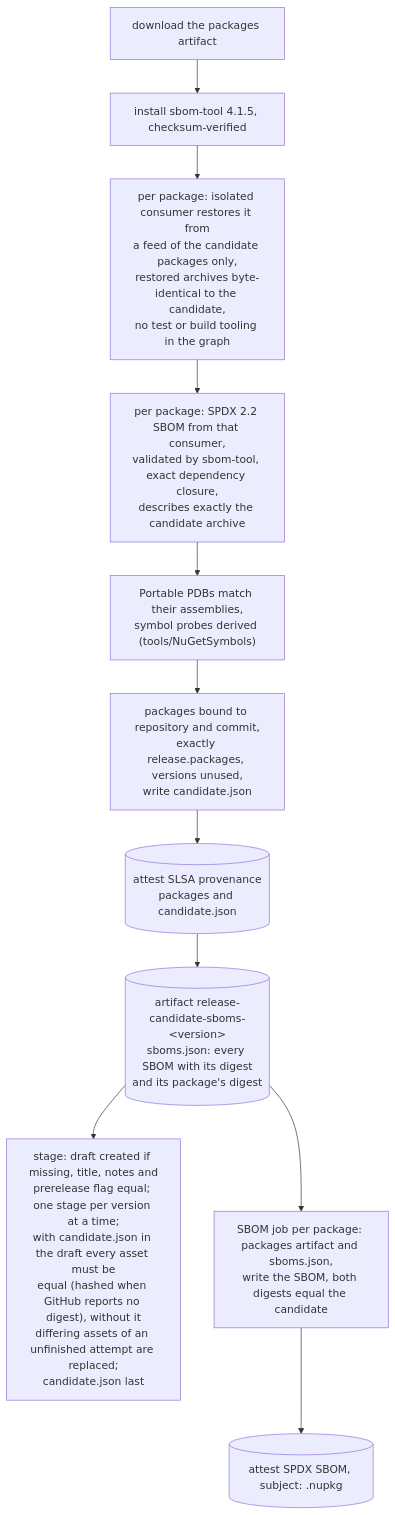
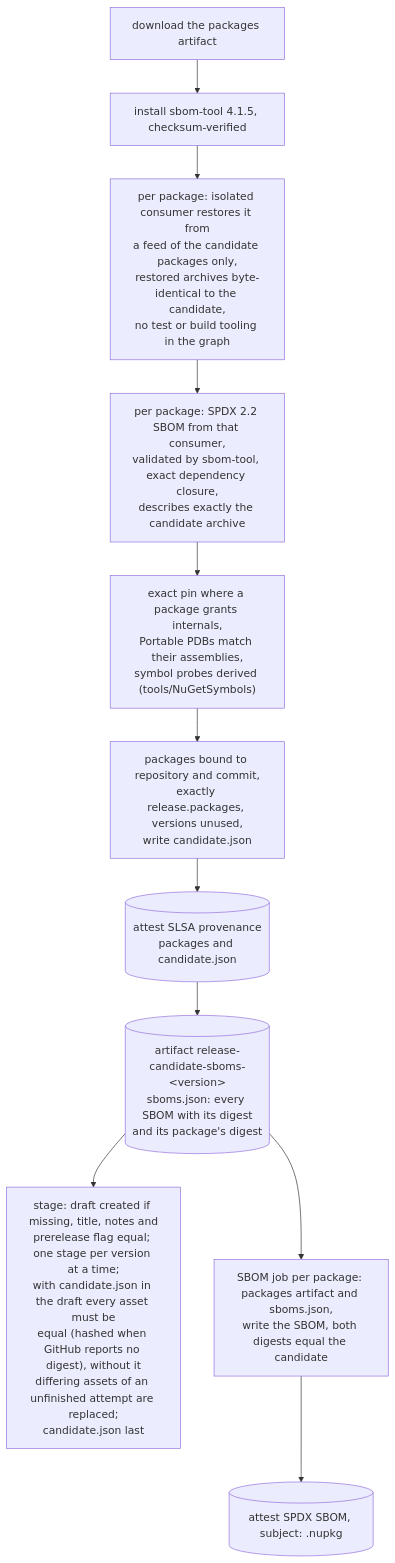
One commit to doka-labs/workflows changed diagram 12 of 19 in docs/overview.md. Above: the diagram before and after it, drawn with Mermaid. The commit also changed other lines of this file and 30 other files, not shown here.

````diff
--- a/docs/overview.md
+++ b/docs/overview.md
@@ -324,12 +326,12 @@
 ```mermaid
 flowchart TB
   c1["download the packages artifact"] --> c2["install sbom-tool 4.1.5, checksum-verified"]
   c2 --> c3["per package: isolated consumer restores it from<br/>a feed of the candidate packages only,<br/>restored archives byte-identical to the candidate,<br/>no test or build tooling in the graph"]
   c3 --> c4["per package: SPDX 2.2 SBOM from that consumer,<br/>validated by sbom-tool, exact dependency closure,<br/>describes exactly the candidate archive"]
-  c4 --> c5["Portable PDBs match their assemblies,<br/>symbol probes derived (tools/NuGetSymbols)"]
+  c4 --> c5["exact pin where a package grants internals,<br/>Portable PDBs match their assemblies,<br/>symbol probes derived (tools/NuGetSymbols)"]
   c5 --> c6["packages bound to repository and commit,<br/>exactly release.packages, versions unused,<br/>write candidate.json"]
   c6 --> c7[("attest SLSA provenance<br/>packages and candidate.json")]
   c7 --> c8[("artifact release-candidate-sboms-&lt;version&gt;<br/>sboms.json: every SBOM with its digest<br/>and its package's digest")]
   c8 --> c9["stage: draft created if missing, title, notes and<br/>prerelease flag equal; one stage per version at a time;<br/>with candidate.json in the draft every asset must be<br/>equal (hashed when GitHub reports no digest), without it<br/>differing assets of an unfinished attempt are replaced;<br/>candidate.json last"]
   c8 --> s1["SBOM job per package: packages artifact and sboms.json,<br/>write the SBOM, both digests equal the candidate"] --> s2[("attest SPDX SBOM, subject: .nupkg")]
 ```
````
